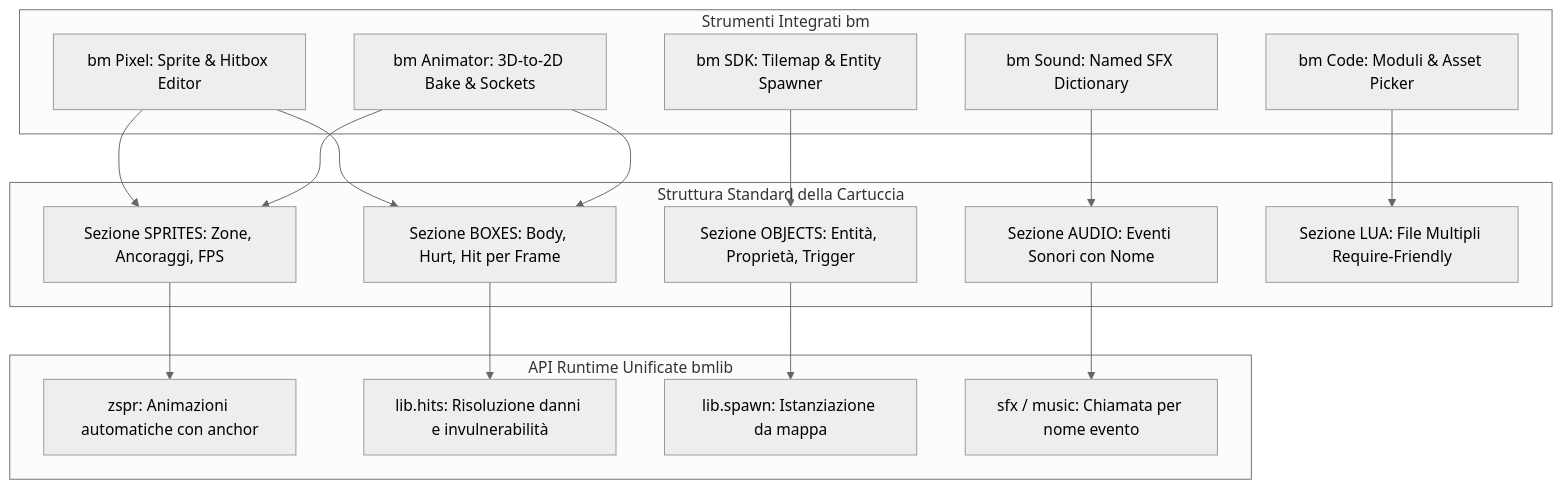
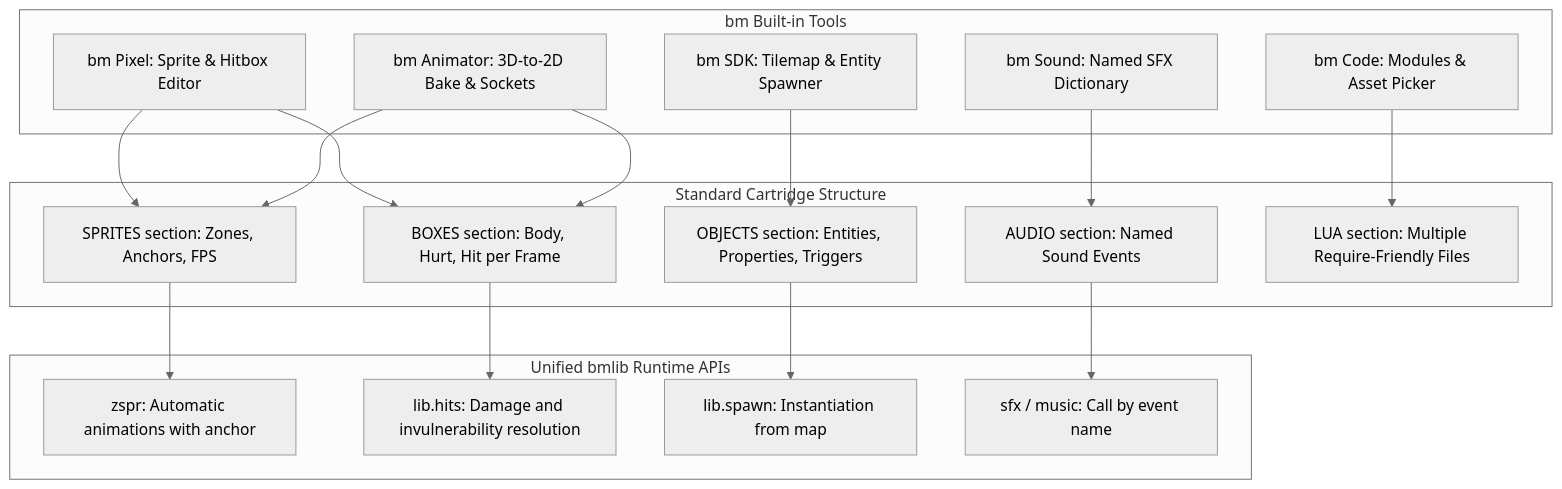
One commit to f-accomando/bm changed the diagram in docs/design/games-architecture.md. Above: the diagram before and after it, drawn with Mermaid (neutral theme). The commit also changed other lines of this file and 39 other files, not shown here.

````diff
--- a/docs/design/games-architecture.md
+++ b/docs/design/games-architecture.md
@@ -118,38 +118,38 @@
 ```mermaid
 flowchart TD
-    subgraph Suite_Tools [Strumenti Integrati bm]
+    subgraph Suite_Tools [bm Built-in Tools]
         Pixel[bm Pixel: Sprite & Hitbox Editor]
         Animator[bm Animator: 3D-to-2D Bake & Sockets]
         SDK_Map[bm SDK: Tilemap & Entity Spawner]
-        Code[bm Code: Moduli & Asset Picker]
+        Code[bm Code: Modules & Asset Picker]
         Sound[bm Sound: Named SFX Dictionary]
     end
 
-    subgraph Standard_Architecture [Struttura Standard della Cartuccia]
-        SPRITES_SEC[Sezione SPRITES: Zone, Ancoraggi, FPS]
-        BOXES_SEC[Sezione BOXES: Body, Hurt, Hit per Frame]
-        ENTITIES_SEC[Sezione OBJECTS: Entità, Proprietà, Trigger]
-        AUDIO_SEC[Sezione AUDIO: Eventi Sonori con Nome]
-        MODULES_SEC[Sezione LUA: File Multipli Require-Friendly]
+    subgraph Standard_Architecture [Standard Cartridge Structure]
+        SPRITES_SEC[SPRITES section: Zones, Anchors, FPS]
+        BOXES_SEC[BOXES section: Body, Hurt, Hit per Frame]
+        ENTITIES_SEC[OBJECTS section: Entities, Properties, Triggers]
+        AUDIO_SEC[AUDIO section: Named Sound Events]
+        MODULES_SEC[LUA section: Multiple Require-Friendly Files]
     end
 
-    subgraph Runtime_APIs [API Runtime Unificate bmlib]
-        ZSPR[zspr: Animazioni automatiche con anchor]
-        ZHITS[lib.hits: Risoluzione danni e invulnerabilità]
-        SPAWN[lib.spawn: Istanziazione da mappa]
-        AUDIO_EVENT[sfx / music: Chiamata per nome evento]
+    subgraph Runtime_APIs [Unified bmlib Runtime APIs]
+        ZSPR[zspr: Automatic animations with anchor]
+        ZHITS[lib.hits: Damage and invulnerability resolution]
+        SPAWN[lib.spawn: Instantiation from map]
+        AUDIO_EVENT[sfx / music: Call by event name]
     end
 
     Pixel --> SPRITES_SEC
     Pixel --> BOXES_SEC
     Animator --> SPRITES_SEC
     Animator --> BOXES_SEC
     SDK_Map --> ENTITIES_SEC
     Code --> MODULES_SEC
     Sound --> AUDIO_SEC
 
     SPRITES_SEC --> ZSPR
     BOXES_SEC --> ZHITS
     ENTITIES_SEC --> SPAWN
     AUDIO_SEC --> AUDIO_EVENT
 ```
````
